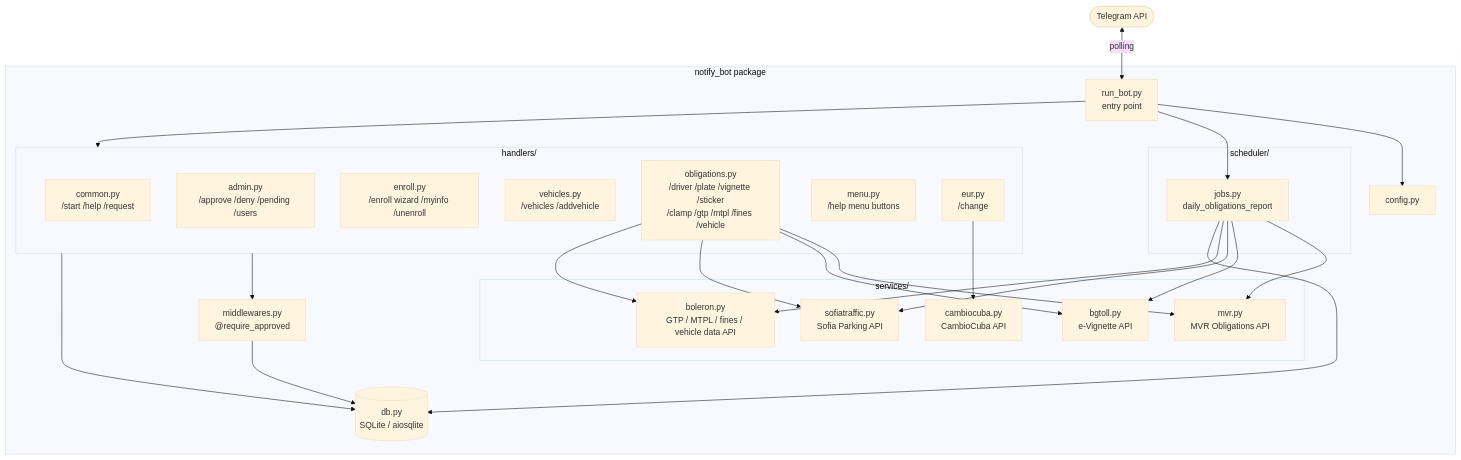
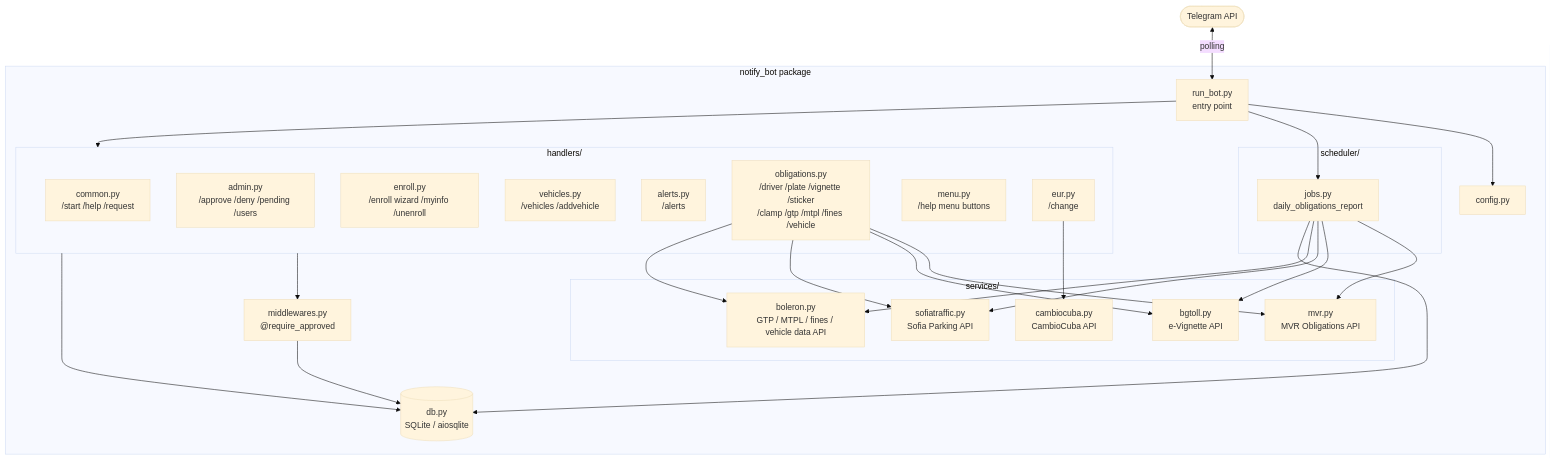
Before and after one commit to SecDevOpsPro/notify-telegram-bot: the first of 9 diagrams in docs/plan.md, drawn with Mermaid (base theme). The commit also changed other lines of this file and 12 other files, not shown here.

````diff
--- a/docs/plan.md
+++ b/docs/plan.md
@@ -10,51 +10,52 @@
 ```mermaid
 graph TD
     TG(["Telegram API"])
 
     subgraph bot["notify_bot package"]
         RB["run_bot.py<br/>entry point"]
         CFG["config.py"]
         MW["middlewares.py<br/>@require_approved"]
         DB[("db.py<br/>SQLite / aiosqlite")]
 
         subgraph handlers["handlers/"]
             HC["common.py<br/>/start /help /request"]
             HA["admin.py<br/>/approve /deny /pending /users"]
             HE["enroll.py<br/>/enroll wizard /myinfo /unenroll"]
             HV["vehicles.py<br/>/vehicles /addvehicle"]
+            HL["alerts.py<br/>/alerts"]
             HO["obligations.py<br/>/driver /plate /vignette /sticker<br/>/clamp /gtp /mtpl /fines /vehicle"]
             HM["menu.py<br/>/help menu buttons"]
             HU["eur.py<br/>/change"]
         end
 
         subgraph services["services/"]
             SMVR["mvr.py<br/>MVR Obligations API"]
             SCC["cambiocuba.py<br/>CambioCuba API"]
             SBG["bgtoll.py<br/>e-Vignette API"]
             SST["sofiatraffic.py<br/>Sofia Parking API"]
             SBO["boleron.py<br/>GTP / MTPL / fines / vehicle data API"]
         end
 
         subgraph scheduler["scheduler/"]
             JQ["jobs.py<br/>daily_obligations_report"]
         end
     end
 
     TG <-->|polling| RB
     RB --> handlers
     RB --> CFG
     RB --> JQ
     handlers --> MW
     handlers --> DB
     MW --> DB
     HO --> SMVR
     HO --> SBG
     HO --> SST
     HO --> SBO
     HU --> SCC
     JQ --> SMVR
     JQ --> SBG
     JQ --> SST
     JQ --> SBO
     JQ --> DB
 ```
````
